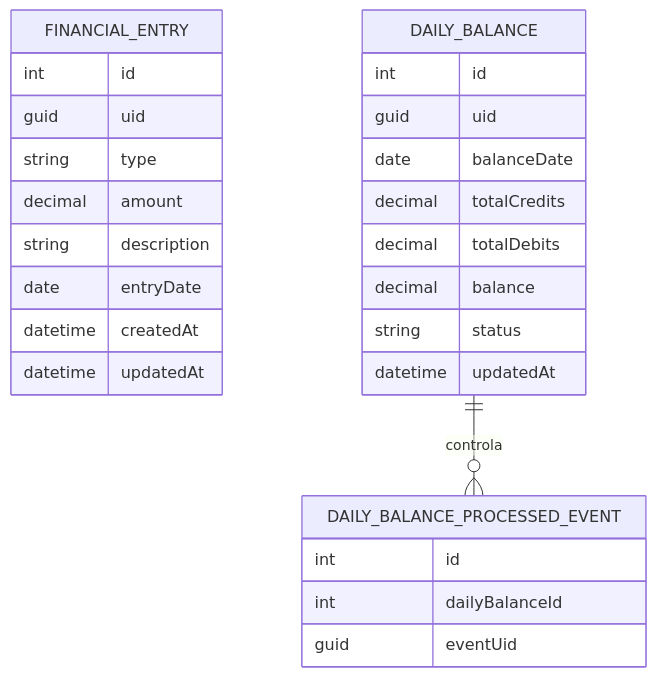
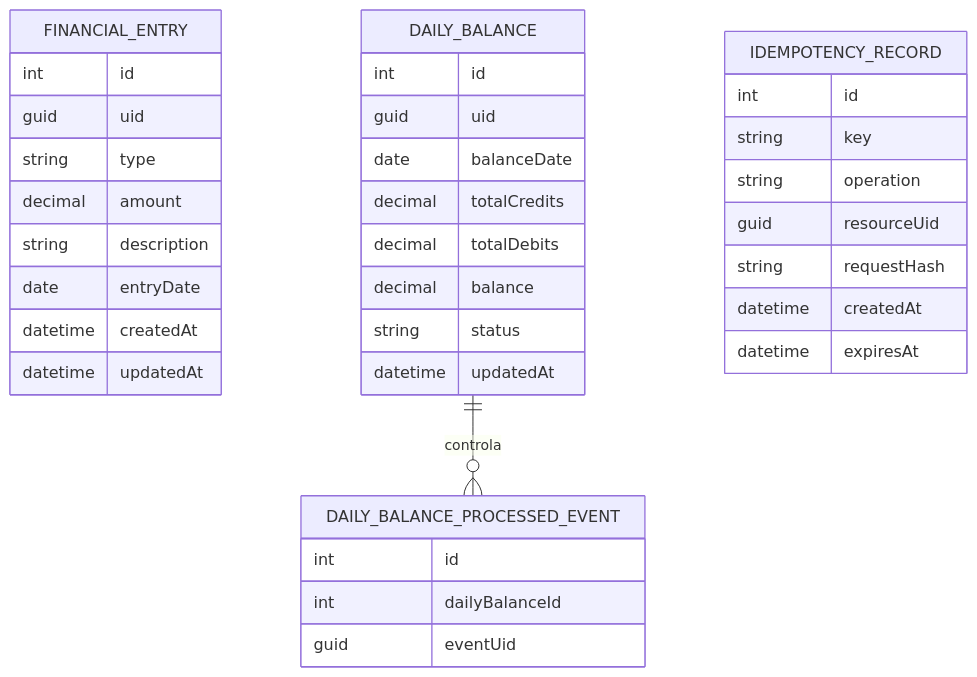
Before and after one commit to vanessabrava/cash-flow-architecture: the diagram in docs/06-modelo-de-dados.md, drawn with Mermaid. The commit also changed other lines of this file and 5 other files, not shown here.

````diff
--- a/docs/06-modelo-de-dados.md
+++ b/docs/06-modelo-de-dados.md
@@ -90,32 +105,42 @@
 ```mermaid
 erDiagram
     FINANCIAL_ENTRY {
         int id
         guid uid
         string type
         decimal amount
         string description
         date entryDate
         datetime createdAt
         datetime updatedAt
     }
 
     DAILY_BALANCE {
         int id
         guid uid
         date balanceDate
         decimal totalCredits
         decimal totalDebits
         decimal balance
         string status
         datetime updatedAt
     }
 
     DAILY_BALANCE_PROCESSED_EVENT {
         int id
         int dailyBalanceId
         guid eventUid
     }
 
+    IDEMPOTENCY_RECORD {
+        int id
+        string key
+        string operation
+        guid resourceUid
+        string requestHash
+        datetime createdAt
+        datetime expiresAt
+    }
+
     DAILY_BALANCE ||--o{ DAILY_BALANCE_PROCESSED_EVENT : controla
 ```
````
